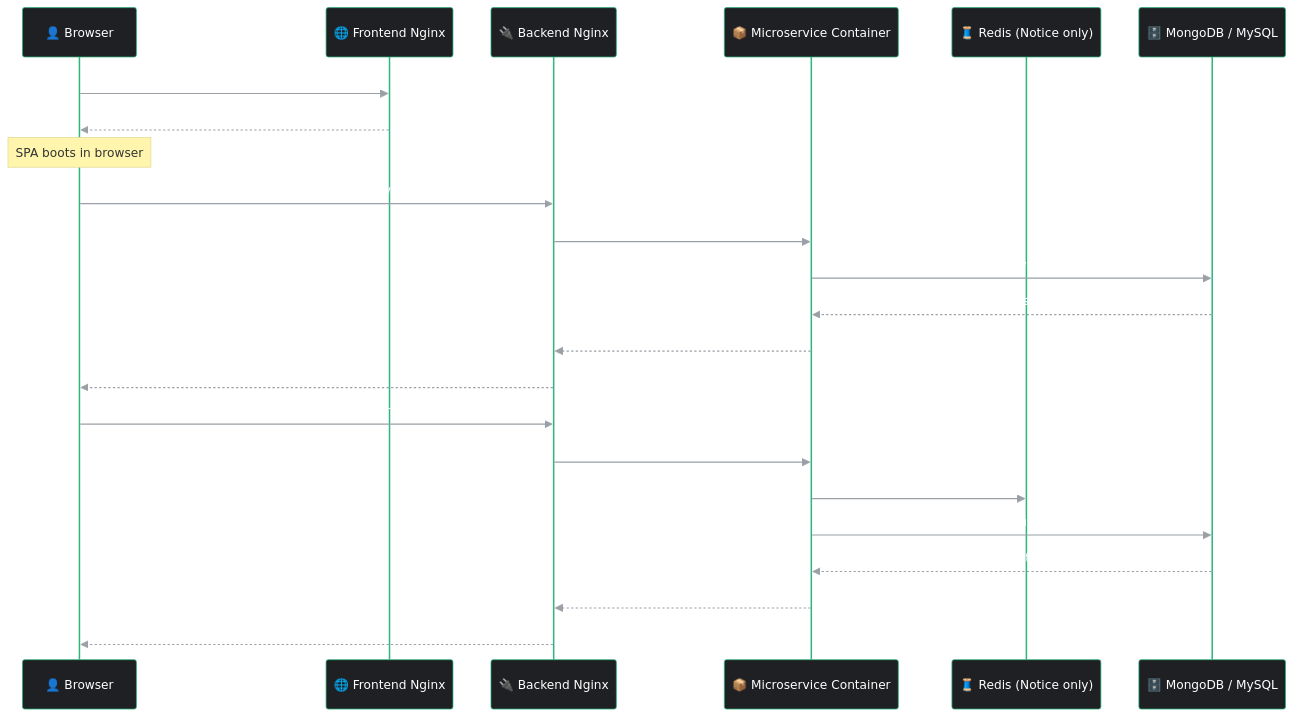
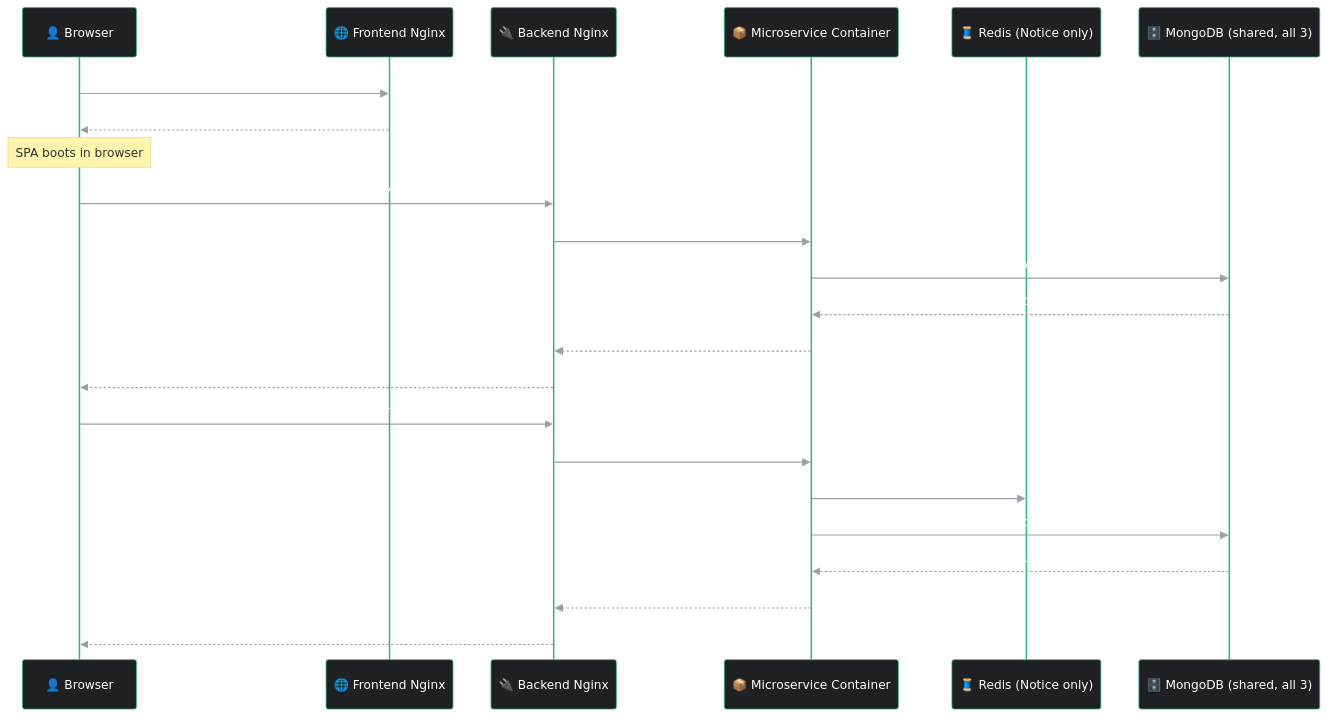
Before and after one commit to akshay-foxberry/NMMC-Project: the fourth of 6 diagrams in README.md, drawn with Mermaid. The commit also changed other lines of this file, not shown here.

````diff
--- a/README.md
+++ b/README.md
@@ -234,29 +284,29 @@
 ```mermaid
 %%{init: {'theme':'base', 'themeVariables': {'primaryColor':'#0078D7','primaryTextColor':'#fff','actorBkg':'#1F2023','actorBorder':'#2EB67D','actorTextColor':'#fff','signalColor':'#9AA0A6','signalTextColor':'#fff'}}}%%
 sequenceDiagram
     participant U as 👤 Browser
     participant FEN as 🌐 Frontend Nginx
     participant BEN as 🔌 Backend Nginx
     participant C as 📦 Microservice Container
     participant Q as 🧵 Redis (Notice only)
-    participant DB as 🗄️ MongoDB / MySQL
+    participant M as 🗄️ MongoDB (shared, all 3)
 
     U->>FEN: GET https://nmmc-dashboard.foxberry.live
     FEN-->>U: index.html + JS bundle (static)
     Note over U: SPA boots in browser
 
     U->>BEN: XHR https://api.nmmc.ptax.foxberry.live/web/...
     BEN->>C: proxy_pass → localhost:6001/web
-    C->>DB: query (MySQL)
-    DB-->>C: result set
+    C->>M: query (MongoDB)
+    M-->>C: result set
     C-->>BEN: JSON response
     BEN-->>U: JSON response
 
     U->>BEN: XHR https://api.nmmc.notice.foxberry.live/app/...
     BEN->>C: proxy_pass → localhost:6003/app
     C->>Q: enqueue/check job (Redis)
-    C->>DB: read/write notice document (MongoDB)
-    DB-->>C: result
+    C->>M: read/write notice document (MongoDB)
+    M-->>C: result
     C-->>BEN: JSON response
     BEN-->>U: JSON response
 ```
````
